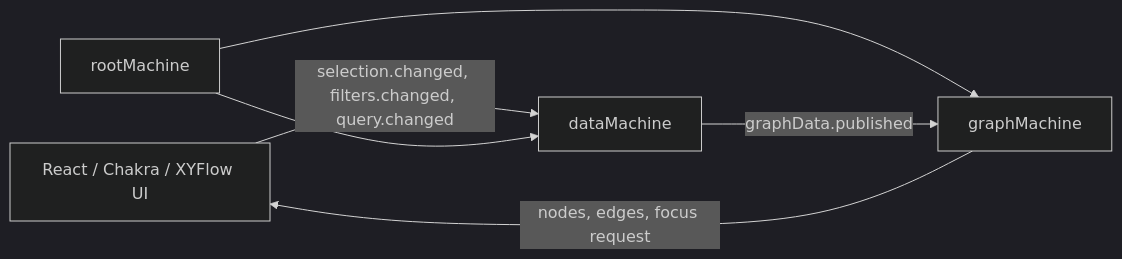
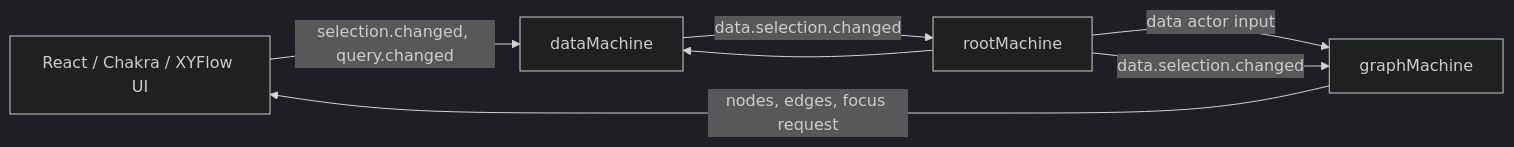
The diagram in src/app/spectrum/s2-visualizer/module/README.md (peterjaberau/playground-dependencies-viewer), drawn with Mermaid (dark theme) before and after one commit. The commit also changed other lines of this file and 7 other files, not shown here.

````diff
--- a/src/app/spectrum/s2-visualizer/module/README.md
+++ b/src/app/spectrum/s2-visualizer/module/README.md
@@ -9,13 +9,14 @@
 ```mermaid
 flowchart LR
   UI[React / Chakra / XYFlow UI]
   Root[rootMachine]
   Data[dataMachine]
   Graph[graphMachine]
 
-  UI -->|selection.changed, filters.changed, query.changed| Data
+  UI -->|selection.changed, query.changed| Data
   Root --> Data
-  Root --> Graph
-  Data -->|graphData.published| Graph
+  Root -->|data actor input| Graph
+  Data -->|data.selection.changed| Root
+  Root -->|data.selection.changed| Graph
   Graph -->|nodes, edges, focus request| UI
 ```
````
